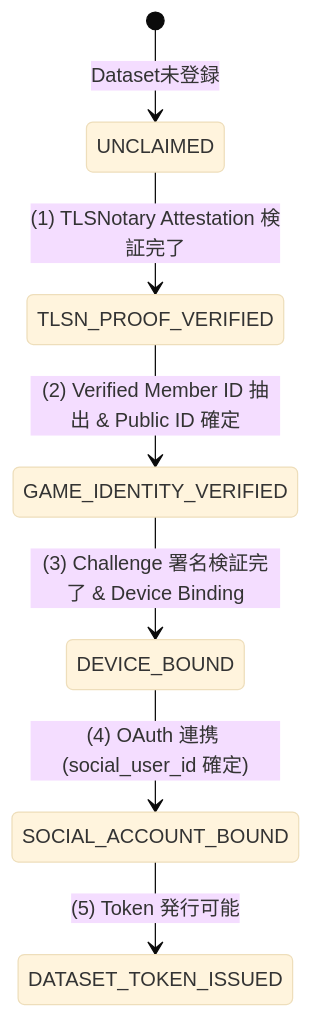
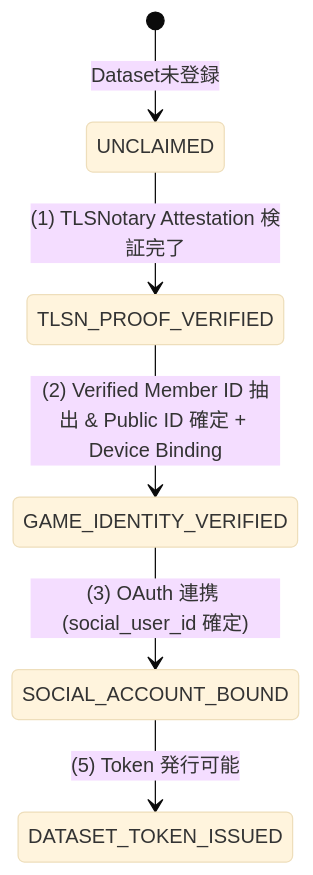
One commit to tsukasa-u/FUSOU changed the first of 2 diagrams in docs/operations/member-id-preemptive-attack-and-recovery.md. Above: the diagram before and after it, drawn with Mermaid (base theme). The commit also changed other lines of this file and 1 other file, not shown here.

````diff
--- a/docs/operations/member-id-preemptive-attack-and-recovery.md
+++ b/docs/operations/member-id-preemptive-attack-and-recovery.md
@@ -260,10 +259,9 @@
 ```mermaid
 stateDiagram-v2
     [*] --> UNCLAIMED: Dataset未登録
     
     UNCLAIMED --> TLSN_PROOF_VERIFIED: (1) TLSNotary Attestation 検証完了
-    TLSN_PROOF_VERIFIED --> GAME_IDENTITY_VERIFIED: (2) Verified Member ID 抽出 & Public ID 確定
-    GAME_IDENTITY_VERIFIED --> DEVICE_BOUND: (3) Challenge 署名検証完了 & Device Binding
-    DEVICE_BOUND --> SOCIAL_ACCOUNT_BOUND: (4) OAuth 連携 (social_user_id 確定)
+    TLSN_PROOF_VERIFIED --> GAME_IDENTITY_VERIFIED: (2) Verified Member ID 抽出 & Public ID 確定 + Device Binding
+    GAME_IDENTITY_VERIFIED --> SOCIAL_ACCOUNT_BOUND: (3) OAuth 連携 (social_user_id 確定)
     SOCIAL_ACCOUNT_BOUND --> DATASET_TOKEN_ISSUED: (5) Token 発行可能
 ```
````
